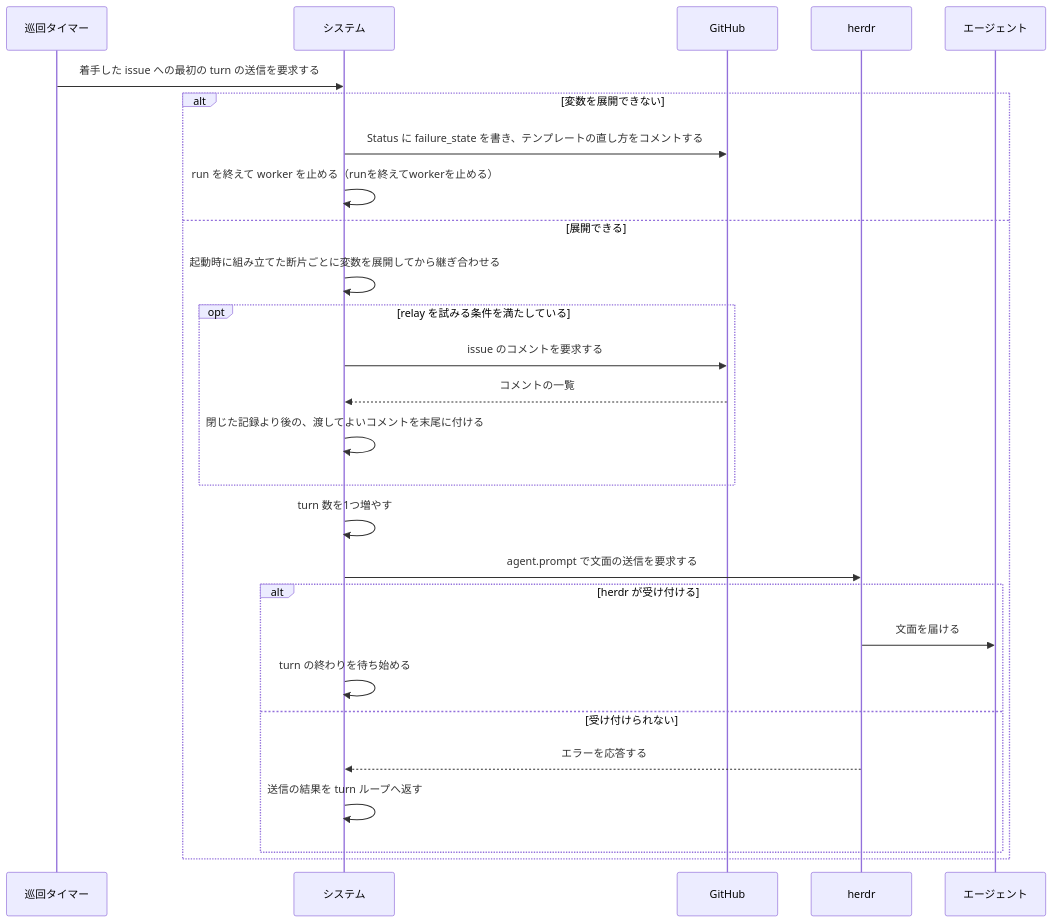
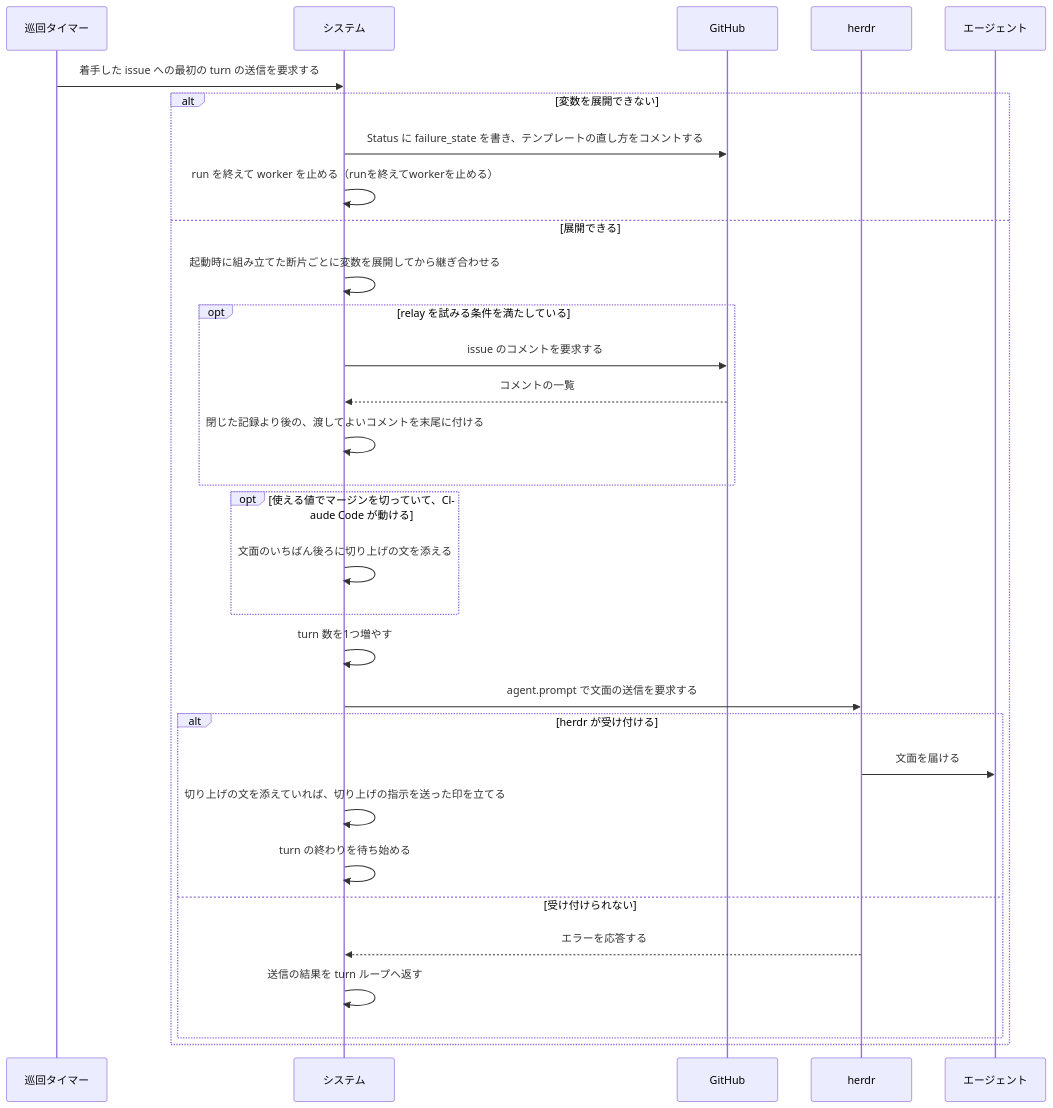
The first of 2 diagrams in docs/spec/usecases/particular_case/指示書の文面を組み立てて送る.rucm.md (maimuzo/continuo), drawn with Mermaid before and after one commit. The commit also changed other lines of this file and 91 other files, not shown here.

````diff
--- a/docs/spec/usecases/particular_case/指示書の文面を組み立てて送る.rucm.md
+++ b/docs/spec/usecases/particular_case/指示書の文面を組み立てて送る.rucm.md
@@ -150,30 +164,34 @@
 ```mermaid
 sequenceDiagram
     participant T as 巡回タイマー
     participant S as システム
     participant GH as GitHub
     participant H as herdr
     participant CC as エージェント
 
     T->>S: 着手した issue への最初の turn の送信を要求する
     alt 変数を展開できない
         S->>GH: Status に failure_state を書き、テンプレートの直し方をコメントする
         S->>S: run を終えて worker を止める（runを終えてworkerを止める）
     else 展開できる
         S->>S: 起動時に組み立てた断片ごとに変数を展開してから継ぎ合わせる
         opt relay を試みる条件を満たしている
             S->>GH: issue のコメントを要求する
             GH-->>S: コメントの一覧
             S->>S: 閉じた記録より後の、渡してよいコメントを末尾に付ける
         end
+        opt 使える値でマージンを切っていて、Claude Code が動ける
+            S->>S: 文面のいちばん後ろに切り上げの文を添える
+        end
         S->>S: turn 数を1つ増やす
         S->>H: agent.prompt で文面の送信を要求する
         alt herdr が受け付ける
             H->>CC: 文面を届ける
+            S->>S: 切り上げの文を添えていれば、切り上げの指示を送った印を立てる
             S->>S: turn の終わりを待ち始める
         else 受け付けられない
             H-->>S: エラーを応答する
             S->>S: 送信の結果を turn ループへ返す
         end
     end
 ```
````
